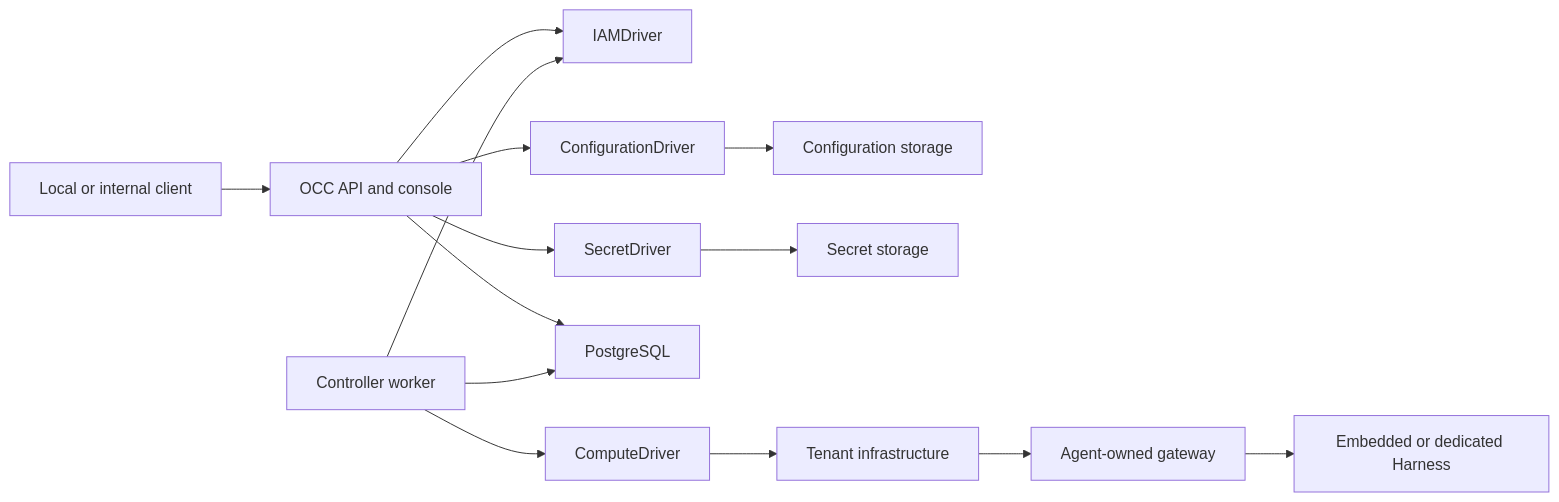
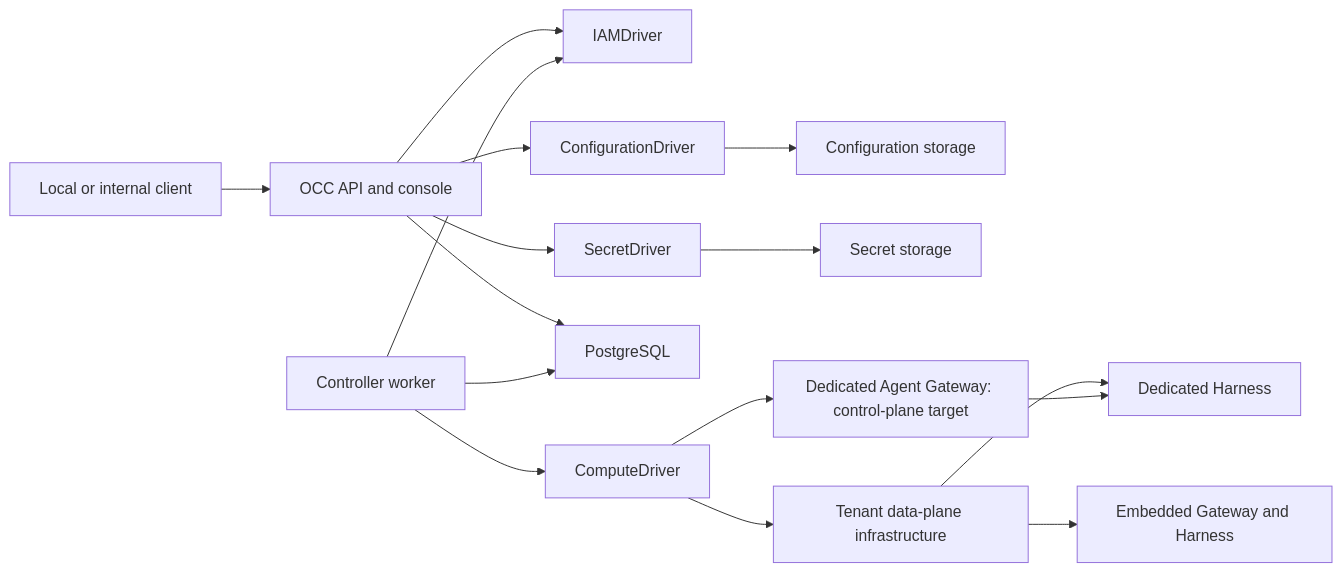
Before and after one commit to openclaw/openclaw-enterprise: the first of 2 diagrams in docs/ARCHITECTURE.md, drawn with Mermaid. The commit also changed other lines of this file and 36 other files, not shown here.

Commit message:
feat(kubernetes): manage dedicated gateways in control-plane targets

````diff
--- a/docs/ARCHITECTURE.md
+++ b/docs/ARCHITECTURE.md
@@ -14,16 +16,18 @@
 ```mermaid
 flowchart LR
     Client["Local or internal client"] --> API["OCC API and console"]
     API --> IAM["IAMDriver"]
     API --> Config["ConfigurationDriver"]
     API --> Secret["SecretDriver"]
     API --> DB["PostgreSQL"]
     Worker["Controller worker"] --> DB
     Worker --> IAM
     Worker --> Compute["ComputeDriver"]
     Config --> ConfigStore["Configuration storage"]
     Secret --> SecretStore["Secret storage"]
-    Compute --> Namespace["Tenant infrastructure"]
-    Namespace --> Gateway["Agent-owned gateway"]
-    Gateway --> Harness["Embedded or dedicated Harness"]
+    Compute --> Gateway["Dedicated Agent Gateway: control-plane target"]
+    Compute --> Namespace["Tenant data-plane infrastructure"]
+    Namespace --> Harness["Dedicated Harness"]
+    Namespace --> Embedded["Embedded Gateway and Harness"]
+    Gateway --> Harness
 ```
````
